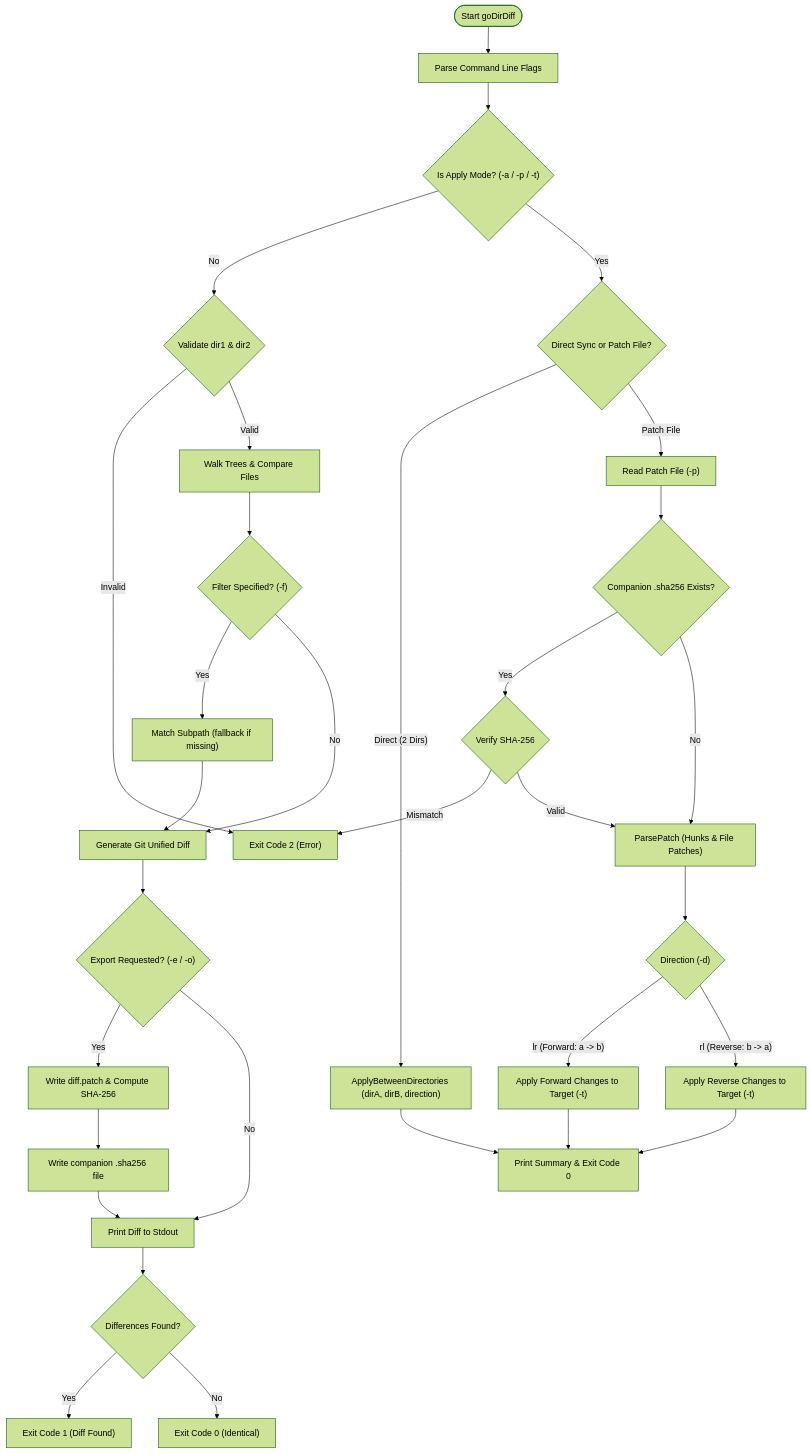
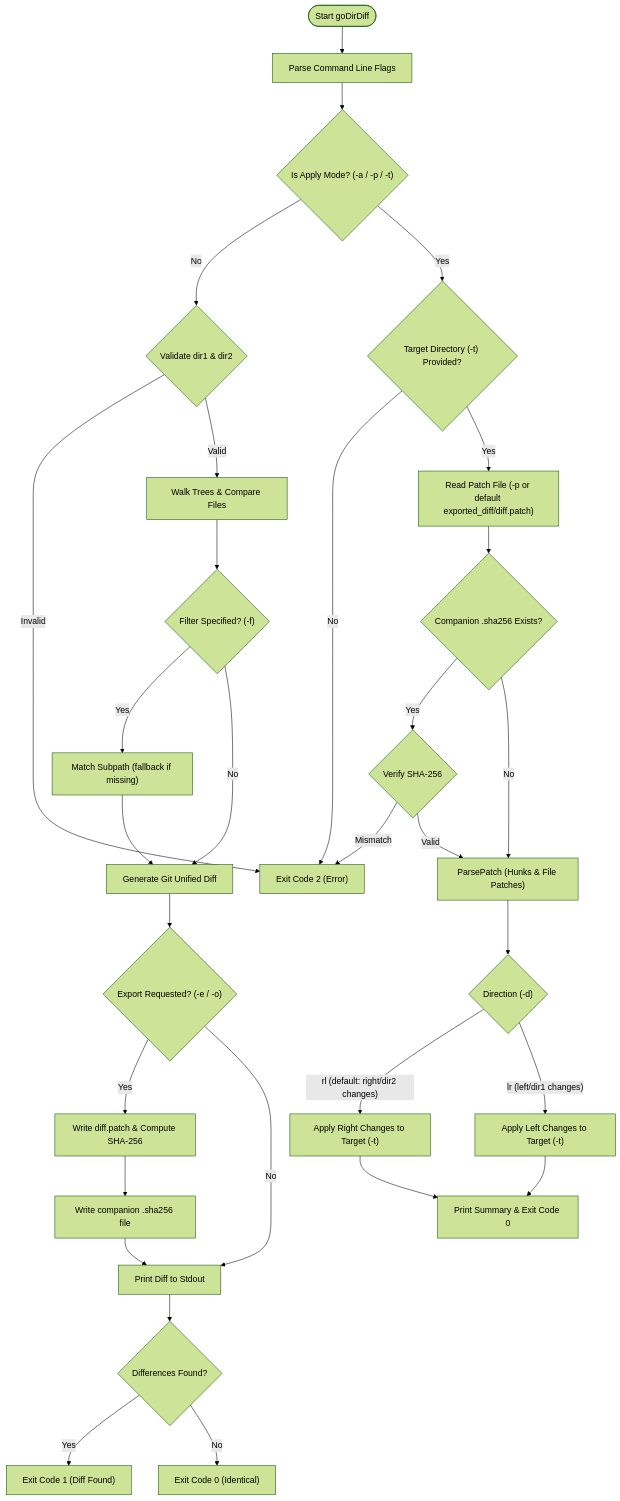
The second of 2 diagrams in README.md (arthurgray2k/goDirectoryDiff), drawn with Mermaid (forest theme) before and after one commit. The commit also changed other lines of this file and 4 other files, not shown here.

First line of the commit message:
fix(apply): refine apply usage and bidirectional patch semantics (Task GODIRDIFF-12)

````diff
--- a/README.md
+++ b/README.md
@@ -76,38 +75,37 @@
 ```mermaid
 flowchart TD
     Start(["Start goDirDiff"]) --> ParseFlags["Parse Command Line Flags"]
     ParseFlags --> CheckApply{"Is Apply Mode? (-a / -p / -t)"}
 
     %% Diff Comparison Flow
     CheckApply -- No --> ValidateDirs{"Validate dir1 & dir2"}
     ValidateDirs -- Invalid --> ExitErr["Exit Code 2 (Error)"]
     ValidateDirs -- Valid --> WalkDirs["Walk Trees & Compare Files"]
     WalkDirs --> Filter{"Filter Specified? (-f)"}
     Filter -- Yes --> ApplyFilter["Match Subpath (fallback if missing)"]
     Filter -- No --> BuildDiff["Generate Git Unified Diff"]
     ApplyFilter --> BuildDiff
     BuildDiff --> CheckExport{"Export Requested? (-e / -o)"}
     CheckExport -- Yes --> WriteDiff["Write diff.patch & Compute SHA-256"]
     WriteDiff --> WriteHash["Write companion .sha256 file"]
     WriteHash --> PrintDiff["Print Diff to Stdout"]
     CheckExport -- No --> PrintDiff
     PrintDiff --> HasDiff{"Differences Found?"}
     HasDiff -- Yes --> ExitDiff["Exit Code 1 (Diff Found)"]
     HasDiff -- No --> ExitClean["Exit Code 0 (Identical)"]
 
     %% Patch Application Flow
-    CheckApply -- Yes --> ApplyType{"Direct Sync or Patch File?"}
-    ApplyType -- "Direct (2 Dirs)" --> SyncDirect["ApplyBetweenDirectories (dirA, dirB, direction)"]
-    ApplyType -- "Patch File" --> ReadPatch["Read Patch File (-p)"]
+    CheckApply -- Yes --> ValidateTarget{"Target Directory (-t) Provided?"}
+    ValidateTarget -- No --> ExitErr
+    ValidateTarget -- Yes --> ReadPatch["Read Patch File (-p or default exported_diff/diff.patch)"]
     ReadPatch --> CheckSum{"Companion .sha256 Exists?"}
     CheckSum -- Yes --> VerifyHash{"Verify SHA-256"}
     VerifyHash -- Mismatch --> ExitErr
     VerifyHash -- Valid --> ParseHunks["ParsePatch (Hunks & File Patches)"]
     CheckSum -- No --> ParseHunks
     ParseHunks --> ApplyDir{"Direction (-d)"}
-    ApplyDir -- "lr (Forward: a -> b)" --> PatchForward["Apply Forward Changes to Target (-t)"]
-    ApplyDir -- "rl (Reverse: b -> a)" --> PatchReverse["Apply Reverse Changes to Target (-t)"]
-    PatchForward --> ApplySuccess["Print Summary & Exit Code 0"]
-    PatchReverse --> ApplySuccess
-    SyncDirect --> ApplySuccess
+    ApplyDir -- "rl (default: right/dir2 changes)" --> PatchRight["Apply Right Changes to Target (-t)"]
+    ApplyDir -- "lr (left/dir1 changes)" --> PatchLeft["Apply Left Changes to Target (-t)"]
+    PatchRight --> ApplySuccess["Print Summary & Exit Code 0"]
+    PatchLeft --> ApplySuccess
 ```
````
